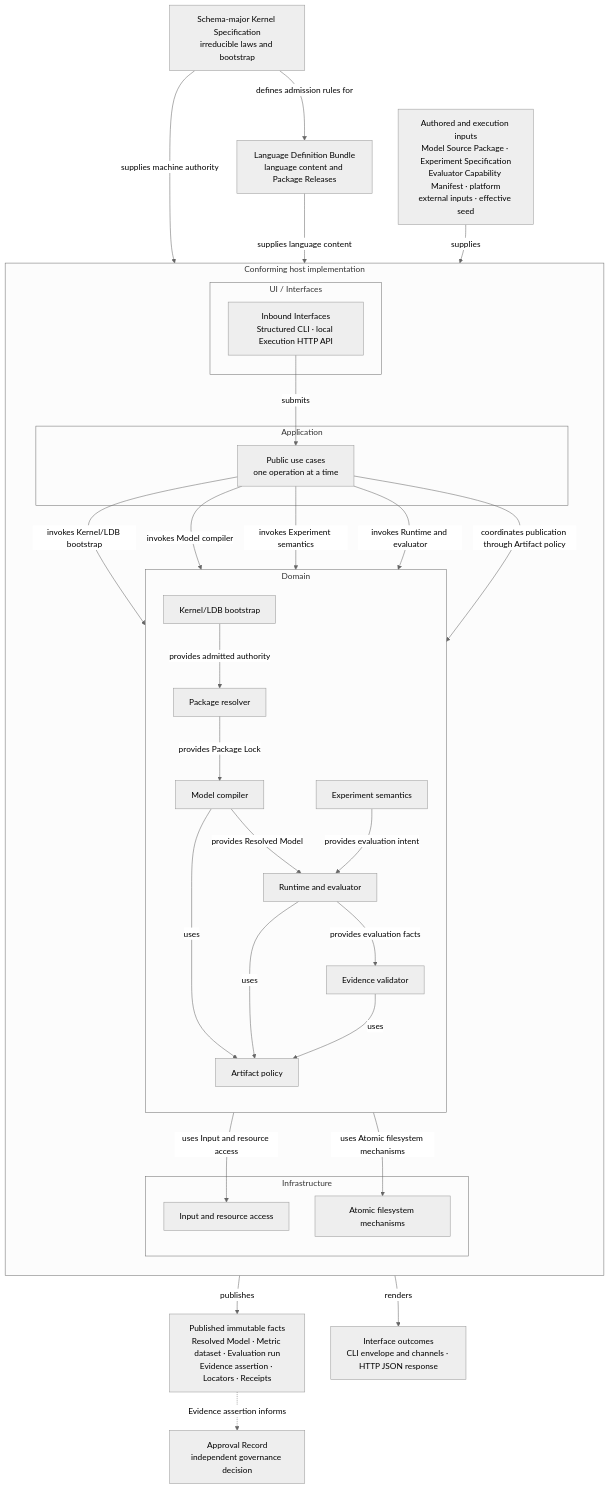
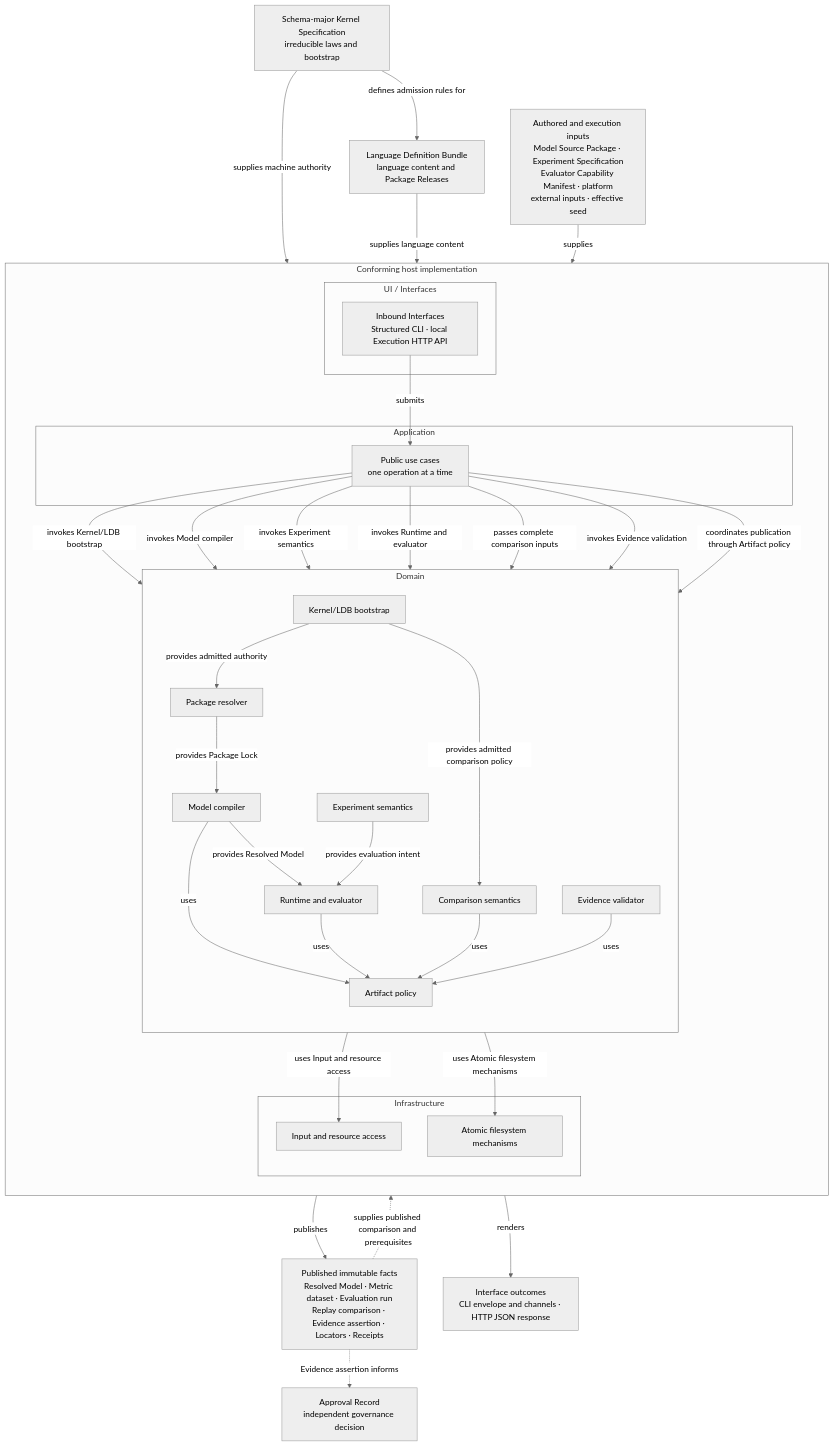
Before and after one commit to aigengame/godot-agent: the first of 3 diagrams in libs/gda-balancing/docs/ARCHITECTURE.md, drawn with Mermaid (neutral theme). The commit also changed other lines of this file, not shown here.

Commit message:
docs(balancing): reconcile comparison architecture flow

````diff
--- a/libs/gda-balancing/docs/ARCHITECTURE.md
+++ b/libs/gda-balancing/docs/ARCHITECTURE.md
@@ -152,61 +152,66 @@
 ```mermaid
 flowchart TB
     K["Schema-major Kernel Specification<br/>irreducible laws and bootstrap"]
     L["Language Definition Bundle<br/>language content and Package Releases"]
     H["Authored and execution inputs<br/>Model Source Package · Experiment Specification<br/>Evaluator Capability Manifest · platform<br/>external inputs · effective seed"]
 
     K -->|"defines admission rules for"| L
 
     subgraph HOST["Conforming host implementation"]
         direction TB
         subgraph UI["UI / Interfaces"]
             U["Inbound Interfaces<br/>Structured CLI · local Execution HTTP API"]
         end
         subgraph APP["Application"]
             A["Public use cases<br/>one operation at a time"]
         end
         subgraph DOM["Domain"]
             direction TB
             B["Kernel/LDB bootstrap"]
             P["Package resolver"]
             C["Model compiler"]
             X["Experiment semantics"]
             R["Runtime and evaluator"]
+            M["Comparison semantics"]
             V["Evidence validator"]
             Q["Artifact policy"]
 
             B -->|"provides admitted authority"| P
+            B -->|"provides admitted comparison policy"| M
             P -->|"provides Package Lock"| C
             C -->|"provides Resolved Model"| R
             X -->|"provides evaluation intent"| R
-            R -->|"provides evaluation facts"| V
             C -->|uses| Q
             R -->|uses| Q
+            M -->|uses| Q
             V -->|uses| Q
         end
         subgraph INF["Infrastructure"]
             I["Input and resource access"]
             F["Atomic filesystem mechanisms"]
         end
 
         U -->|submits| A
         A -->|"invokes Kernel/LDB bootstrap"| B
         A -->|"invokes Model compiler"| C
         A -->|"invokes Experiment semantics"| X
         A -->|"invokes Runtime and evaluator"| R
+        A -->|"passes complete comparison inputs"| M
+        A -->|"invokes Evidence validation"| V
         A -->|"coordinates publication through Artifact policy"| Q
         B -->|"uses Input and resource access"| I
         Q -->|"uses Atomic filesystem mechanisms"| F
     end
 
-    O["Published immutable facts<br/>Resolved Model · Metric dataset · Evaluation run<br/>Evidence assertion · Locators · Receipts"]
+    O["Published immutable facts<br/>Resolved Model · Metric dataset · Evaluation run<br/>Replay comparison · Evidence assertion · Locators · Receipts"]
     S["Interface outcomes<br/>CLI envelope and channels · HTTP JSON response"]
     G["Approval Record<br/>independent governance decision"]
 
     K -->|"supplies machine authority"| B
     L -->|"supplies language content"| B
     H -->|supplies| U
     Q -->|publishes| O
+    O -. "supplies published comparison and prerequisites" .-> V
     U -->|renders| S
     O -. "Evidence assertion informs" .-> G
 ```
````
